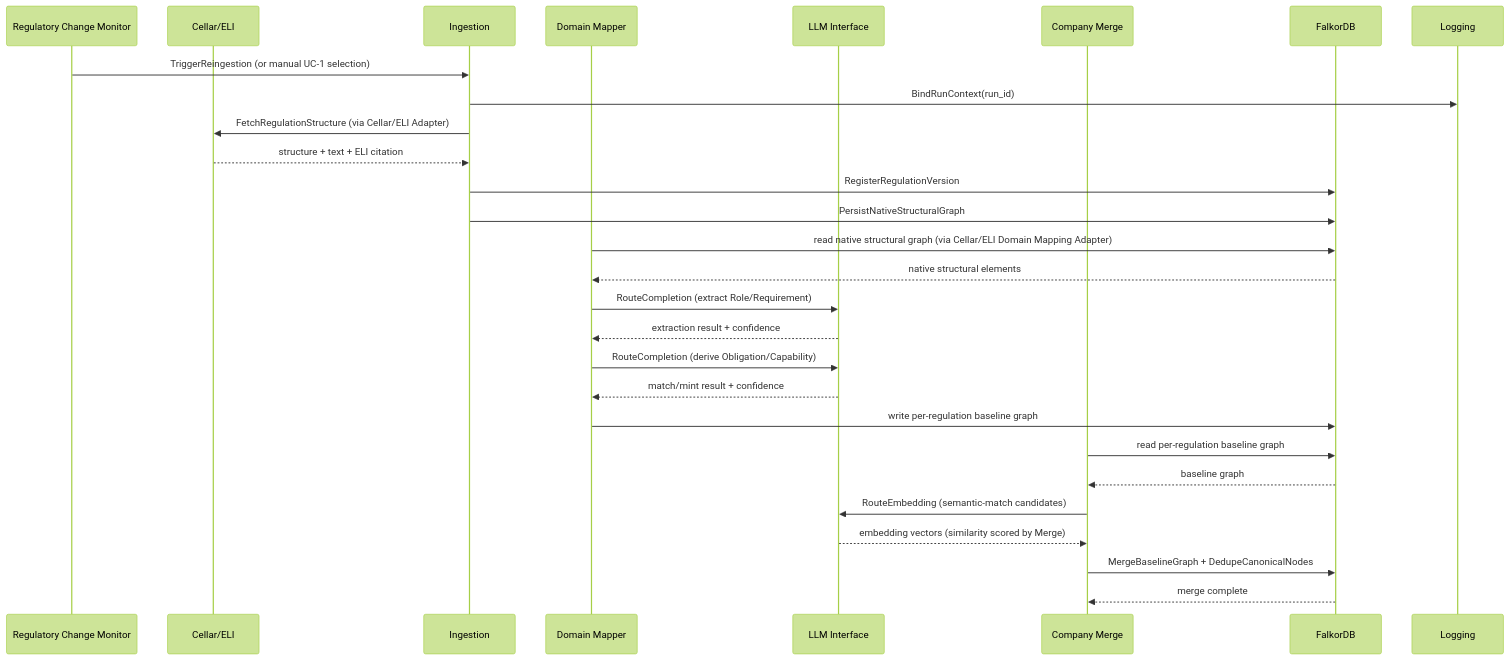
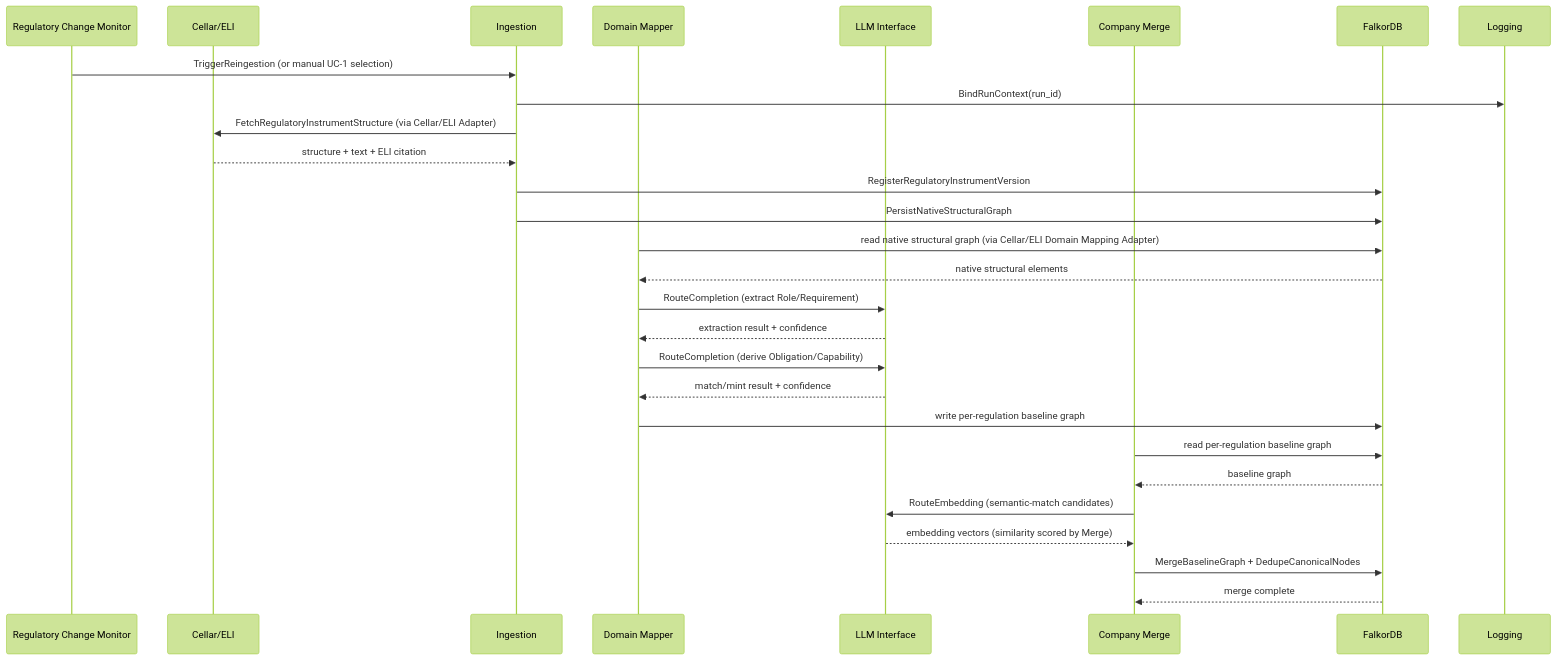
The second of 3 diagrams in docs/architecture/ps-service-container-architecture.md (mindovermachine-dev/policy-system), drawn with Mermaid (forest theme) before and after one commit. The commit also changed other lines of this file and 37 other files, not shown here.

Commit message:
fix(rename): finalize rename related to regulatory-instrument

````diff
--- a/docs/architecture/ps-service-container-architecture.md
+++ b/docs/architecture/ps-service-container-architecture.md
@@ -755,33 +755,33 @@
 ```mermaid
 sequenceDiagram
     participant Monitor as Regulatory Change Monitor
     participant Cellar as Cellar/ELI
     participant Ingestion
     participant Mapper as Domain Mapper
     participant LLM as LLM Interface
     participant Merge as Company Merge
     participant DB as FalkorDB
     participant Logging
 
     Monitor->>Ingestion: TriggerReingestion (or manual UC-1 selection)
     Ingestion->>Logging: BindRunContext(run_id)
-    Ingestion->>Cellar: FetchRegulationStructure (via Cellar/ELI Adapter)
+    Ingestion->>Cellar: FetchRegulatoryInstrumentStructure (via Cellar/ELI Adapter)
     Cellar-->>Ingestion: structure + text + ELI citation
-    Ingestion->>DB: RegisterRegulationVersion
+    Ingestion->>DB: RegisterRegulatoryInstrumentVersion
     Ingestion->>DB: PersistNativeStructuralGraph
 
     Mapper->>DB: read native structural graph (via Cellar/ELI Domain Mapping Adapter)
     DB-->>Mapper: native structural elements
     Mapper->>LLM: RouteCompletion (extract Role/Requirement)
     LLM-->>Mapper: extraction result + confidence
     Mapper->>LLM: RouteCompletion (derive Obligation/Capability)
     LLM-->>Mapper: match/mint result + confidence
     Mapper->>DB: write per-regulation baseline graph
 
     Merge->>DB: read per-regulation baseline graph
     DB-->>Merge: baseline graph
     Merge->>LLM: RouteEmbedding (semantic-match candidates)
     LLM-->>Merge: embedding vectors (similarity scored by Merge)
     Merge->>DB: MergeBaselineGraph + DedupeCanonicalNodes
     DB-->>Merge: merge complete
 ```
````
